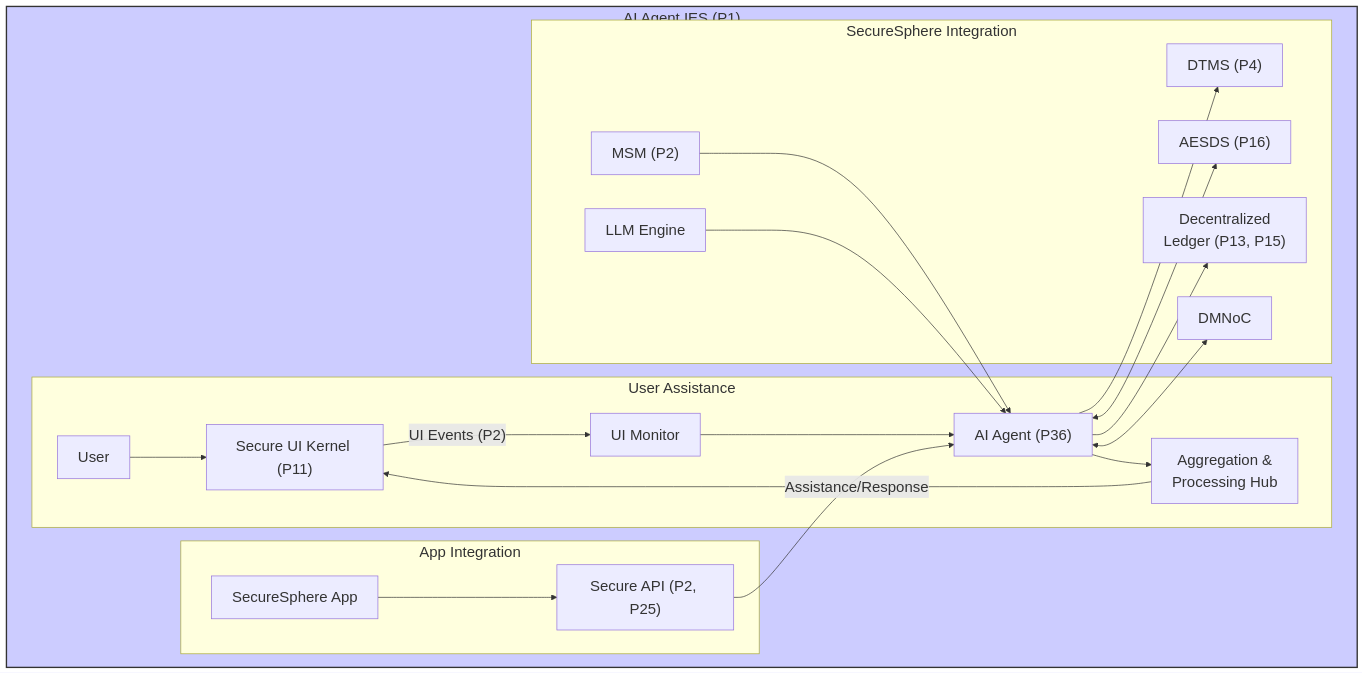
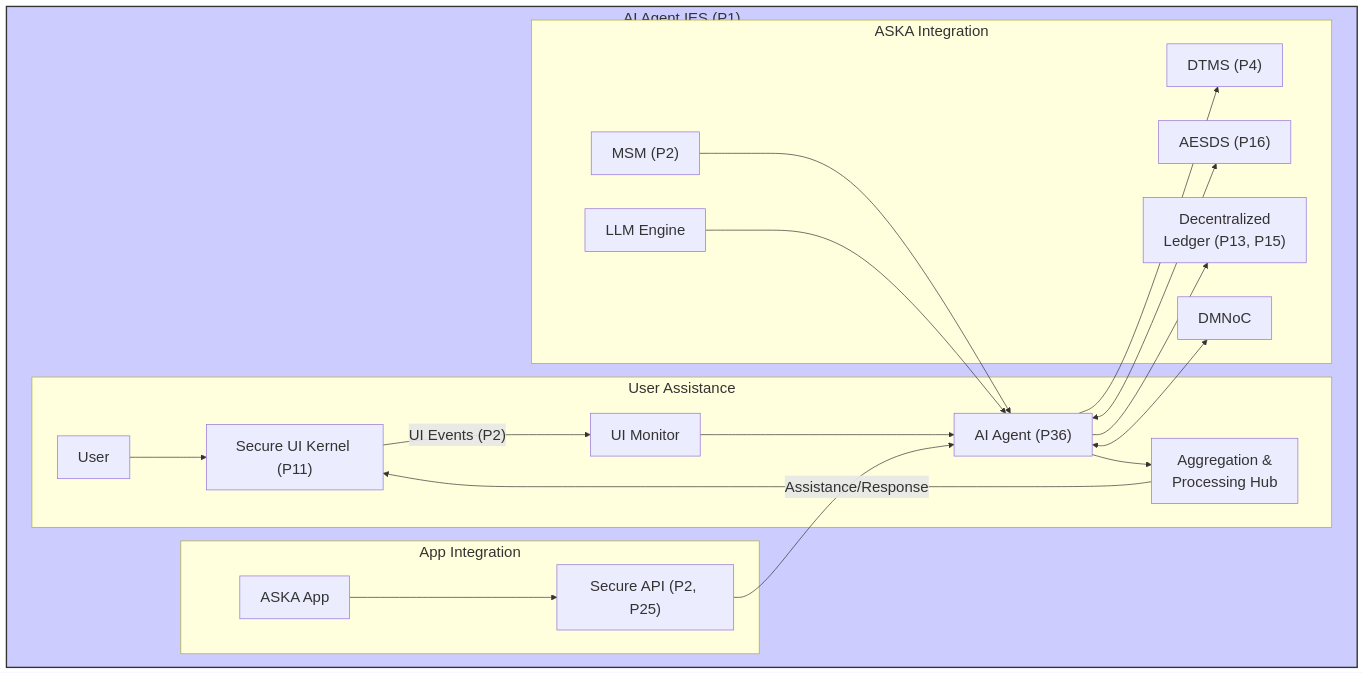
Before and after one commit to nshkrdotcom/ASKA: the fourth of 4 diagrams in DOC.md, drawn with Mermaid. The commit also changed other lines of this file and 1 other file, not shown here.

````diff
--- a/DOC.md
+++ b/DOC.md
@@ -475,32 +475,32 @@
 ```mermaid
 ---
 config:
   theme: default
   themeVariables:
     fontSize: 22px
 ---
 graph LR
     subgraph AI_Agent_IES_P1["AI Agent IES (P1)"]
         direction LR
         subgraph User_Assistance_SubGraph["User Assistance"]
             UIK_UA["Secure UI Kernel (P11)"] -- "UI Events (P2)" --> Monitor_UA["UI Monitor"]
             Monitor_UA --> Agent_P36_UA["AI Agent (P36)"]
             Agent_P36_UA --> AggHub_UA["Aggregation &<br>Processing Hub"]
             AggHub_UA -- "Assistance/Response" --> UIK_UA
             User_UA["User"] --> UIK_UA
         end
         subgraph App_Integration_SubGraph["App Integration"]
-            App_AI["SecureSphere App"] --> API_AI["Secure API (P2, P25)"]
+            App_AI["ASKA App"] --> API_AI["Secure API (P2, P25)"]
             API_AI --> Agent_P36_UA
         end
-        subgraph SecureSphere_Integration_SubGraph["SecureSphere Integration"]
+        subgraph ASKA_Integration_SubGraph["ASKA Integration"]
             Agent_P36_UA --> DTMS_SI["DTMS (P4)"]
             MSM_SI["MSM (P2)"] --> Agent_P36_UA
             Agent_P36_UA <--> AESDS_SI["AESDS (P16)"]
             Agent_P36_UA --> DLT_SI["Decentralized<br>Ledger (P13, P15)"]
             Agent_P36_UA <--> DMN_SI["DMNoC"]
             LLM_SI["LLM Engine"] --> Agent_P36_UA
         end
     end
     style AI_Agent_IES_P1 fill:#ccf,stroke:#333,stroke-width:2px
 ```
````
